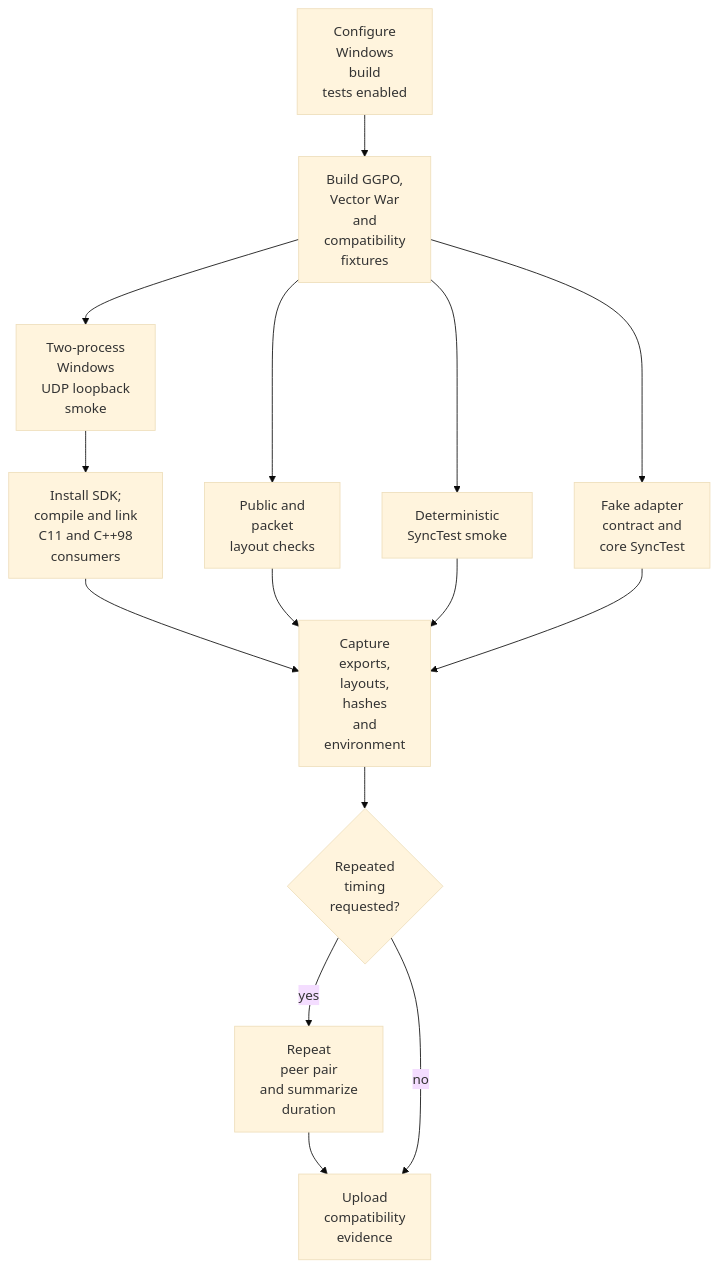
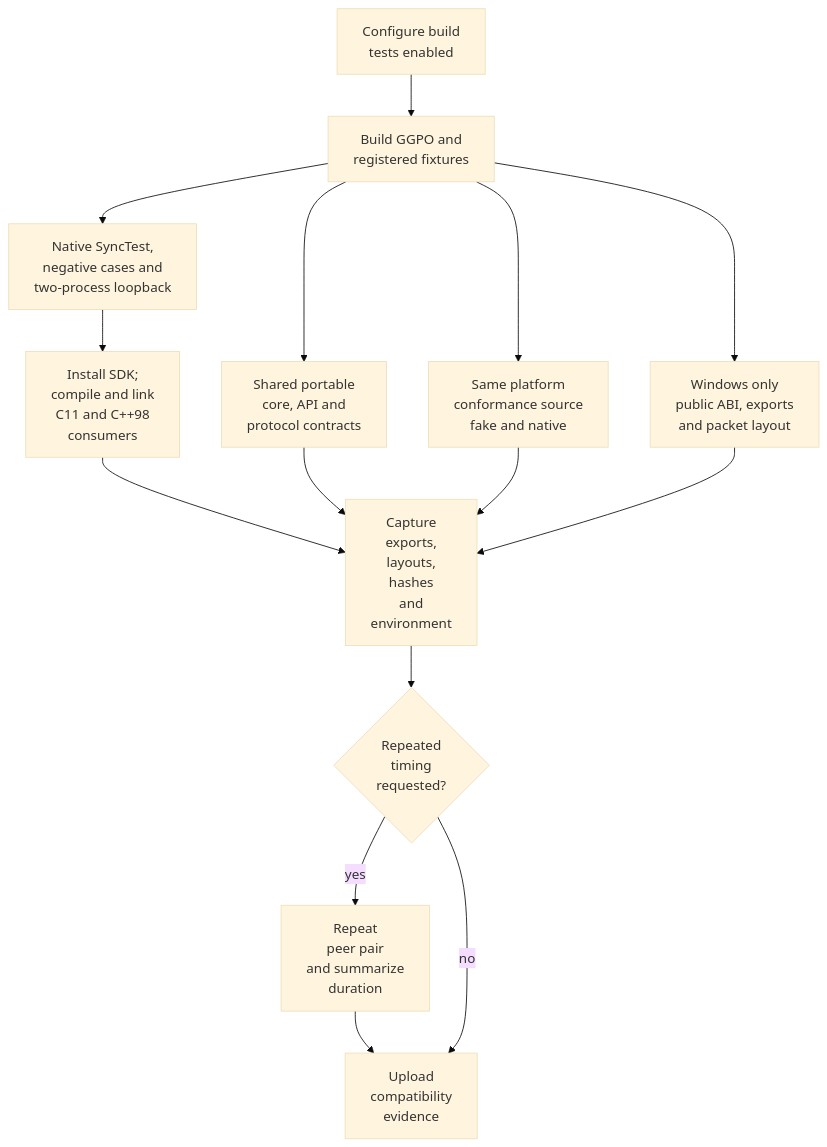
The first of 3 diagrams in doc/architecture/Testing.md (irregularthanis/ggpo-next), drawn with Mermaid (base theme) before and after one commit. The commit also changed other lines of this file and 2 other files, not shown here.

Commit message:
docs: clarify shared test coverage

````diff
--- a/doc/architecture/Testing.md
+++ b/doc/architecture/Testing.md
@@ -51,27 +77,27 @@
 ```mermaid
 flowchart TD
-    Configure["Configure<br/>Windows<br/>build<br/>tests enabled"]
-    Build["Build GGPO,<br/>Vector War<br/>and<br/>compatibility<br/>fixtures"]
-    Layout["Public and<br/>packet<br/>layout checks"]
-    Sync["Deterministic<br/>SyncTest smoke"]
-    Fake["Fake adapter<br/>contract and<br/>core SyncTest"]
-    Peers["Two-process<br/>Windows<br/>UDP loopback<br/>smoke"]
+    Configure["Configure build<br/>tests enabled"]
+    Build["Build GGPO and<br/>registered fixtures"]
+    Portable["Shared portable<br/>core, API and<br/>protocol contracts"]
+    Conformance["Same platform<br/>conformance source<br/>fake and native"]
+    Native["Native SyncTest,<br/>negative cases and<br/>two-process loopback"]
+    Layout["Windows only<br/>public ABI, exports<br/>and packet layout"]
     Consumers["Install SDK;<br/>compile and link<br/>C11 and C++98<br/>consumers"]
     Capture["Capture<br/>exports,<br/>layouts,<br/>hashes<br/>and<br/>environment"]
     Noise{"Repeated<br/>timing<br/>requested?"}
     Repeat["Repeat<br/>peer pair<br/>and summarize<br/>duration"]
     Evidence["Upload<br/>compatibility<br/>evidence"]
 
     Configure --> Build
+    Build --> Portable
+    Build --> Conformance
+    Build --> Native
     Build --> Layout
-    Build --> Sync
-    Build --> Fake
-    Build --> Peers
-    Peers --> Consumers --> Capture
+    Native --> Consumers --> Capture
+    Portable --> Capture
+    Conformance --> Capture
     Layout --> Capture
-    Sync --> Capture
-    Fake --> Capture
     Capture --> Noise
     Noise -->|"yes"| Repeat --> Evidence
     Noise -->|"no"| Evidence
 ```
````
